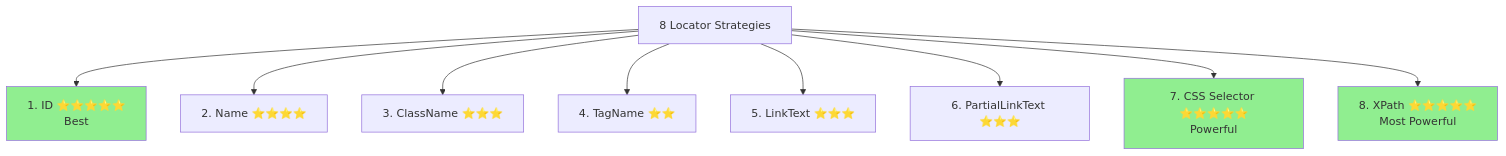
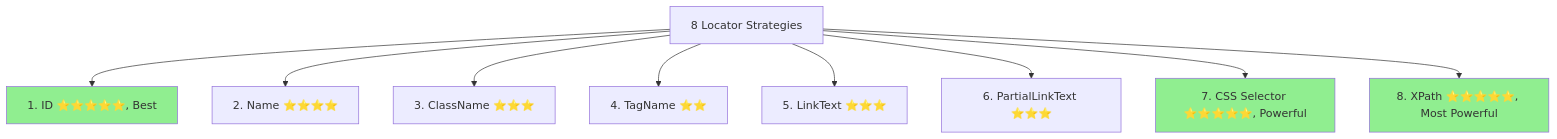
Before and after one commit to namnd0806/automation-testing-cource: the third of 6 diagrams in 05-locators-8-strategies.md, drawn with Mermaid. The commit also changed other lines of this file and 4 other files, not shown here.

First line of the commit message:
Fix: Sửa tất cả sơ đồ Mermaid lỗi format

````diff
--- a/05-locators-8-strategies.md
+++ b/05-locators-8-strategies.md
@@ -119,17 +119,17 @@
 ```mermaid
 graph TD
     A[8 Locator Strategies]
     
-    A --> B[1. ID ⭐⭐⭐⭐⭐<br/>Best]
+    A --> B[1. ID ⭐⭐⭐⭐⭐, Best]
     A --> C[2. Name ⭐⭐⭐⭐]
     A --> D[3. ClassName ⭐⭐⭐]
     A --> E[4. TagName ⭐⭐]
     A --> F[5. LinkText ⭐⭐⭐]
     A --> G[6. PartialLinkText ⭐⭐⭐]
-    A --> H[7. CSS Selector ⭐⭐⭐⭐⭐<br/>Powerful]
-    A --> I[8. XPath ⭐⭐⭐⭐⭐<br/>Most Powerful]
+    A --> H[7. CSS Selector ⭐⭐⭐⭐⭐, Powerful]
+    A --> I[8. XPath ⭐⭐⭐⭐⭐, Most Powerful]
     
     style B fill:#90EE90
     style H fill:#90EE90
     style I fill:#90EE90
 ```
````
